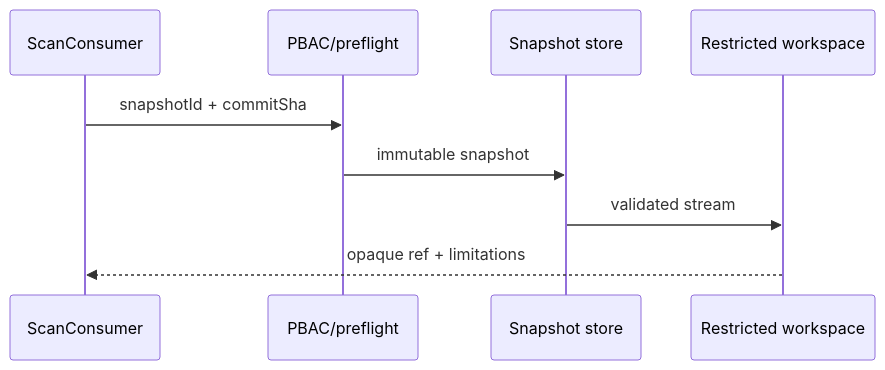
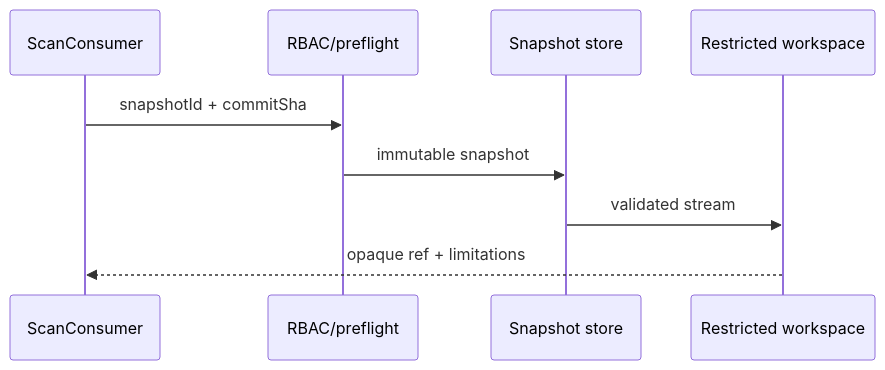
One commit to khovan123/LCSP changed the diagram in docs/implementation/tasks/modules/agentic-evidence-tools/packets/ao-1-01-materialize-snapshot.md. Above: the diagram before and after it, drawn with Mermaid. The commit also changed other lines of this file and 519 other files, not shown here.

````diff
--- a/docs/implementation/tasks/modules/agentic-evidence-tools/packets/ao-1-01-materialize-snapshot.md
+++ b/docs/implementation/tasks/modules/agentic-evidence-tools/packets/ao-1-01-materialize-snapshot.md
@@ -54,11 +54,11 @@
 ```mermaid
 sequenceDiagram
   participant C as ScanConsumer
-  participant P as PBAC/preflight
+  participant P as RBAC/preflight
   participant S as Snapshot store
   participant W as Restricted workspace
   C->>P: snapshotId + commitSha
   P->>S: immutable snapshot
   S->>W: validated stream
   W-->>C: opaque ref + limitations
 ```
````
